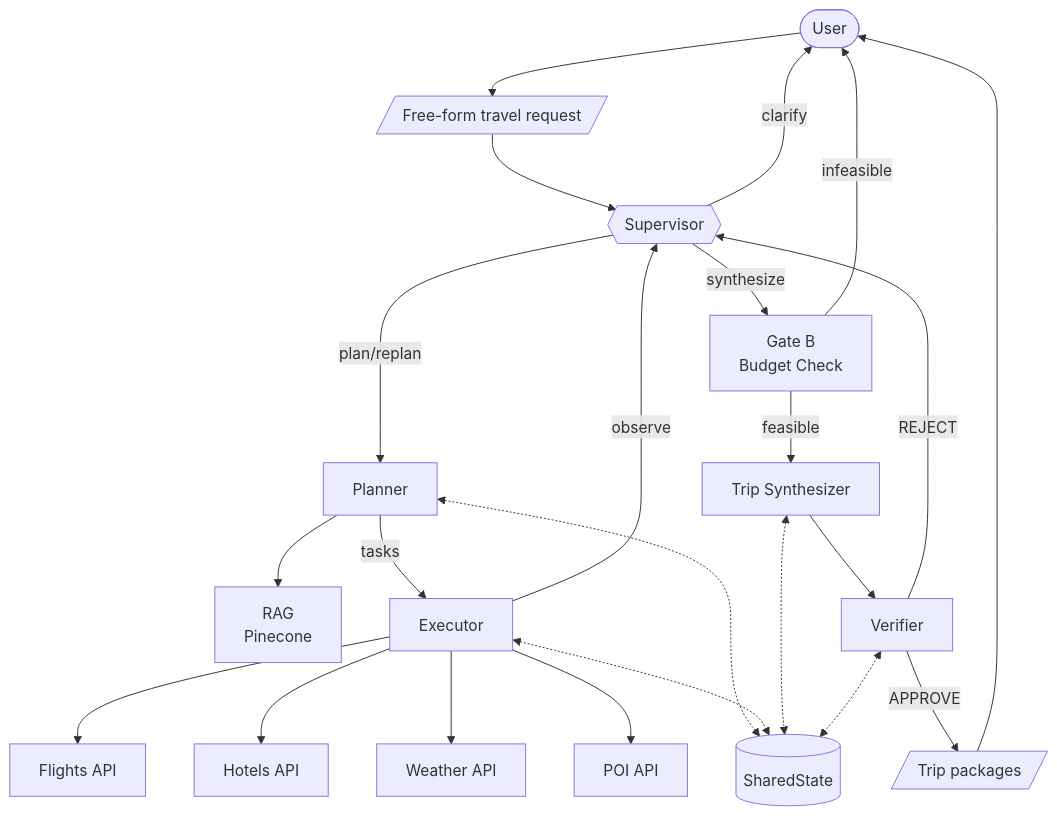
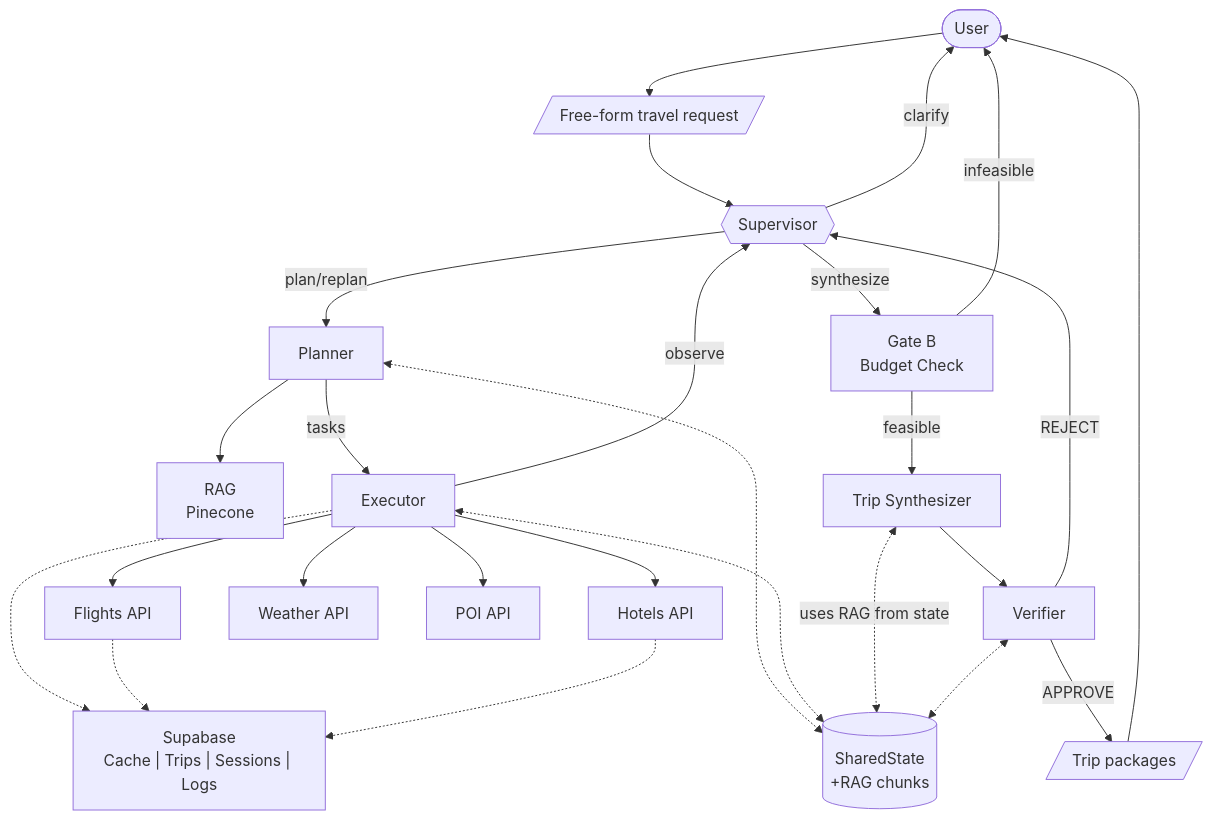
Before and after one commit to ofekfuchs/ai-travel-agent: the diagram in README.md, drawn with Mermaid. The commit also changed other lines of this file and 3 other files, not shown here.

First line of the commit message:
Architecture: clearer PNG layout, Supabase & RAG (Synthesizer) in docs

````diff
--- a/README.md
+++ b/README.md
@@ -157,25 +157,28 @@
 ```mermaid
 flowchart TB
     User([User]) --> Prompt[/"Free-form travel request"/]
     Prompt --> Supervisor{{"Supervisor"}}
     Supervisor -->|plan/replan| Planner["Planner"]
     Supervisor -->|clarify| User
     Supervisor -->|synthesize| GateB["Gate B\nBudget Check"]
     Planner --> RAG["RAG\nPinecone"]
     Planner -->|tasks| Executor["Executor"]
     Executor --> Flights["Flights API"]
     Executor --> Hotels["Hotels API"]
     Executor --> Weather["Weather API"]
     Executor --> POI["POI API"]
     Executor -->|observe| Supervisor
     GateB -->|feasible| Synthesizer["Trip Synthesizer"]
     GateB -->|infeasible| User
     Synthesizer --> Verifier["Verifier"]
     Verifier -->|APPROVE| Response[/"Trip packages"/]
     Verifier -->|REJECT| Supervisor
     Response --> User
-    Planner <-.-> State[("SharedState")]
+    Planner <-.-> State[("SharedState\n+RAG chunks")]
     Executor <-.-> State
-    Synthesizer <-.-> State
+    Synthesizer <-.->|"uses RAG from state"| State
     Verifier <-.-> State
+    Executor -.-> Supabase["Supabase\nCache | Trips | Sessions | Logs"]
+    Flights -.-> Supabase
+    Hotels -.-> Supabase
 ```
````
